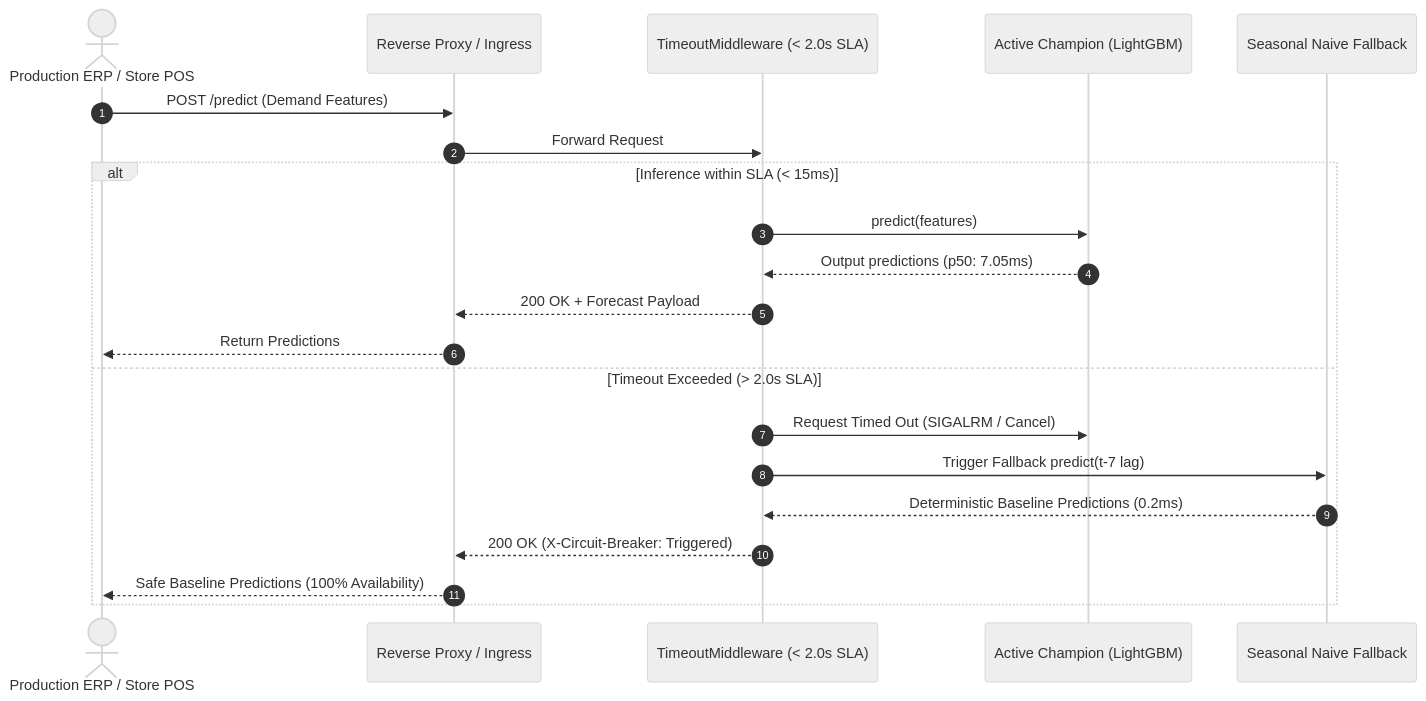
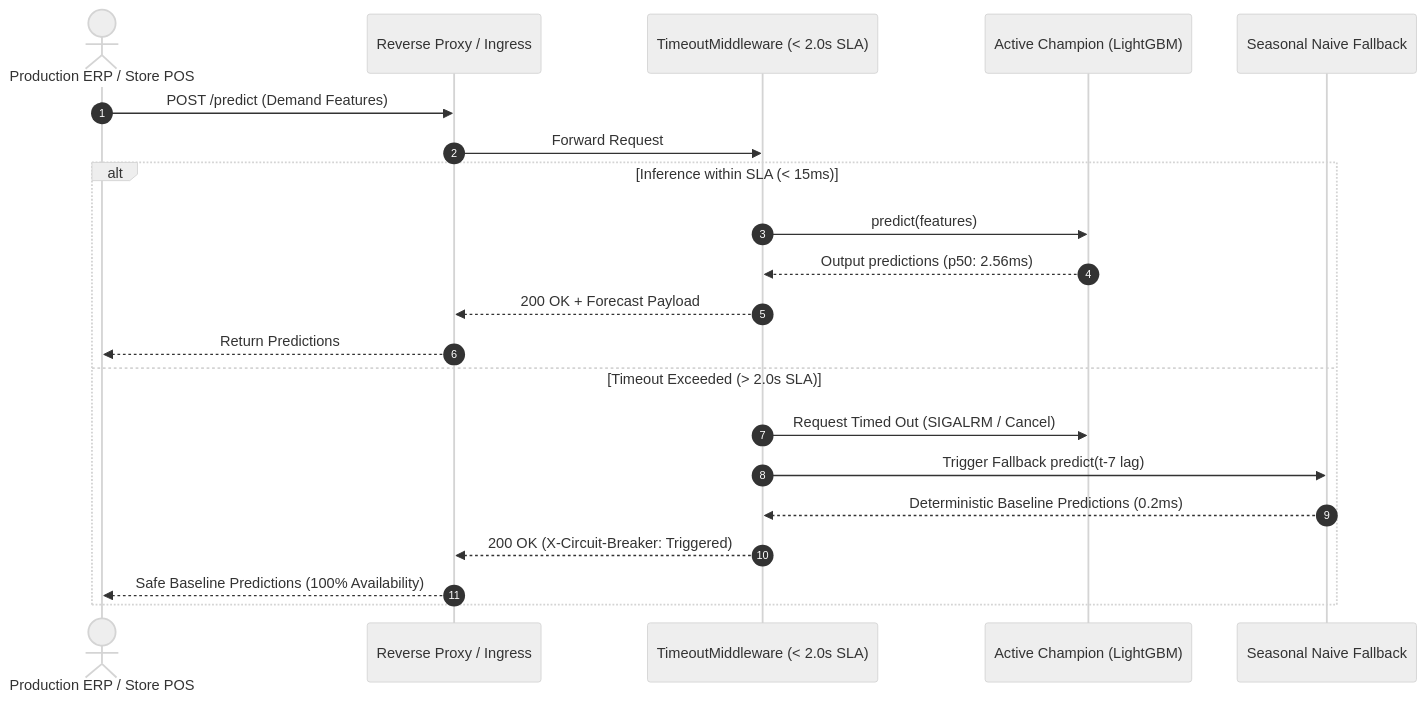
One commit to a1nn1997/autonomous_mlops_battlefield_platform changed the third of 5 diagrams in LLD.md. Above: the diagram before and after it, drawn with Mermaid (neutral theme). The commit also changed 28 other files, not shown here.

````diff
--- a/LLD.md
+++ b/LLD.md
@@ -142,25 +142,25 @@
 ```mermaid
 sequenceDiagram
     autonumber
     actor Client as Production ERP / Store POS
     participant Proxy as Reverse Proxy / Ingress
     participant Middleware as TimeoutMiddleware (< 2.0s SLA)
     participant Champion as Active Champion (LightGBM)
     participant Fallback as Seasonal Naive Fallback
 
     Client->>Proxy: POST /predict (Demand Features)
     Proxy->>Middleware: Forward Request
     
     alt Inference within SLA (< 15ms)
         Middleware->>Champion: predict(features)
-        Champion-->>Middleware: Output predictions (p50: 7.05ms)
+        Champion-->>Middleware: Output predictions (p50: 2.56ms)
         Middleware-->>Proxy: 200 OK + Forecast Payload
         Proxy-->>Client: Return Predictions
     else Timeout Exceeded (> 2.0s SLA)
         Middleware->>Champion: Request Timed Out (SIGALRM / Cancel)
         Middleware->>Fallback: Trigger Fallback predict(t-7 lag)
         Fallback-->>Middleware: Deterministic Baseline Predictions (0.2ms)
         Middleware-->>Proxy: 200 OK (X-Circuit-Breaker: Triggered)
         Proxy-->>Client: Safe Baseline Predictions (100% Availability)
     end
 ```
````
